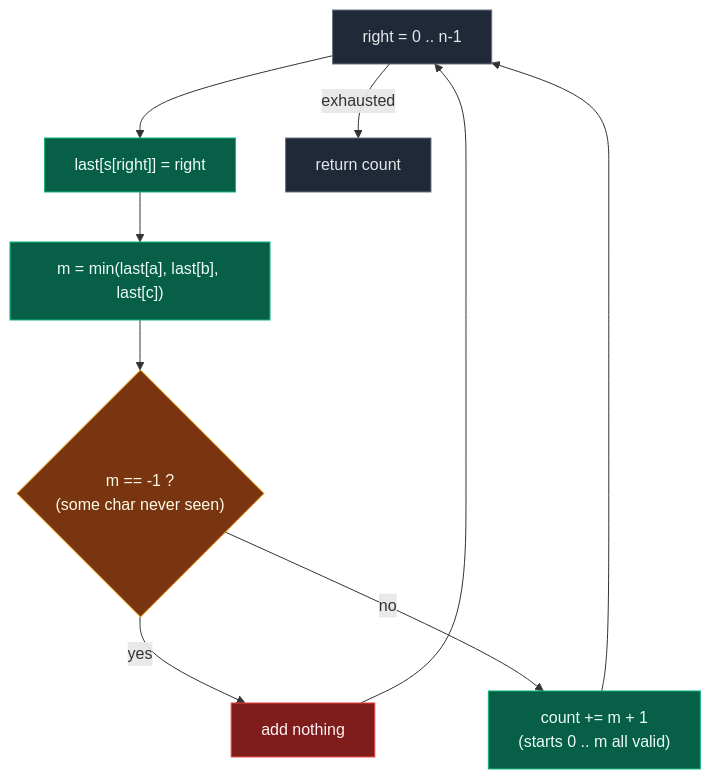
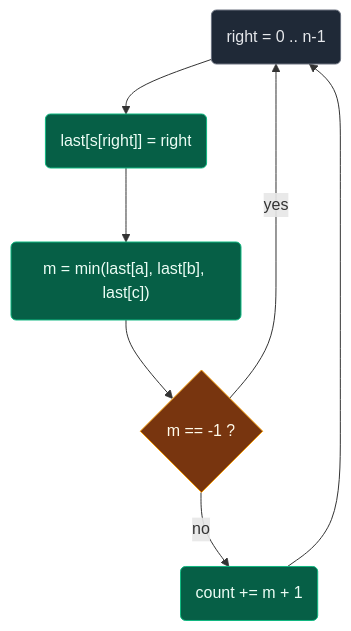
Before and after one commit to ajay-nikumbh/dsa-notes: the fourth of 6 diagrams in 04. Sliding window/05. Repeating Characters/01. 1358. Number of Substrings Containing All Three Characters.md, drawn with Mermaid. The commit also changed other lines of this file, not shown here.

First line of the commit message:
Sliding Window 13: rewrite 1358 Number of Substrings Containing All Three Characters

````diff
--- a/04. Sliding window/05. Repeating Characters/01. 1358. Number of Substrings Containing All Three Characters.md
+++ b/04. Sliding window/05. Repeating Characters/01. 1358. Number of Substrings Containing All Three Characters.md
@@ -90,20 +141,13 @@
 ```mermaid
 flowchart TD
-    A["right = 0 .. n-1"]:::edge
-    B["last[s[right]] = right"]:::calc
-    C["m = min(last[a], last[b], last[c])"]:::calc
-    D{"m == -1 ?<br/>(some char never seen)"}:::check
-    E["add nothing"]:::shrink
-    F["count += m + 1<br/>(starts 0 .. m all valid)"]:::calc
-    G["return count"]:::edge
-
-    A --> B --> C --> D
-    D -- yes --> E --> A
-    D -- no --> F --> A
-    A -- exhausted --> G
+    A("right = 0 .. n-1"):::edge --> B("last[s[right]] = right"):::calc
+    B --> C("m = min(last[a], last[b], last[c])"):::calc
+    C --> D{"m == -1 ?"}:::check
+    D -->|yes| A
+    D -->|no| F("count += m + 1"):::calc
+    F --> A
 
     classDef edge fill:#1f2937,stroke:#6b7280,color:#e5e7eb
     classDef check fill:#78350f,stroke:#f59e0b,color:#fffbeb
-    classDef shrink fill:#7f1d1d,stroke:#ef4444,color:#fef2f2
     classDef calc fill:#065f46,stroke:#10b981,color:#ecfdf5
 ```
````
